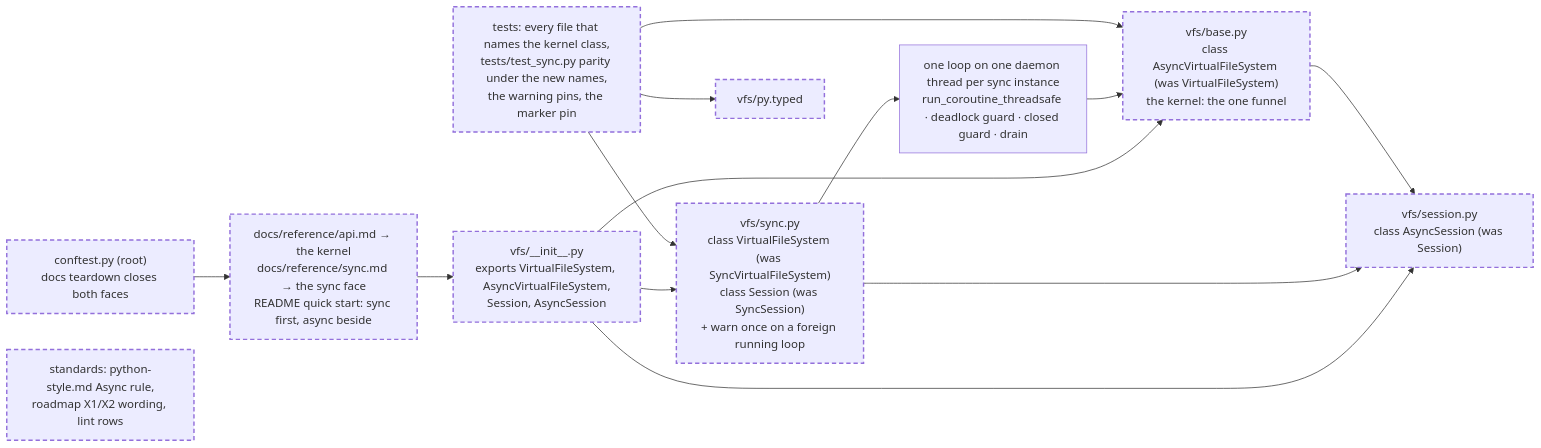
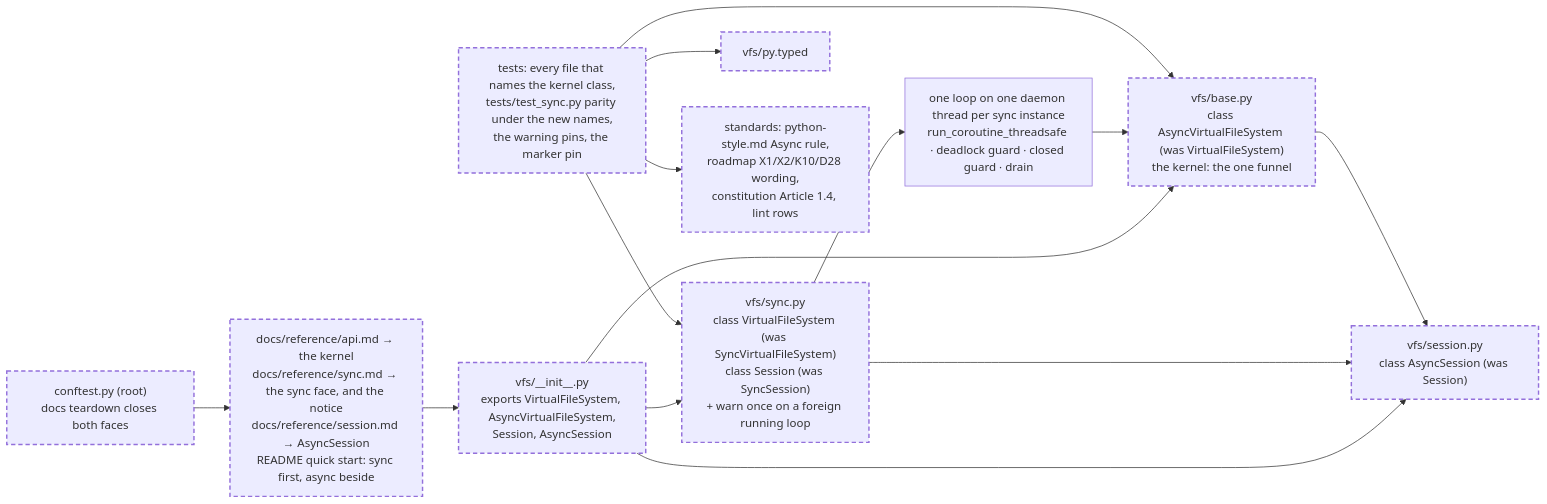
The diagram in context/specifications/active/2026-11-06-the-two-faces-named.md (ClayGendron/vfs), drawn with Mermaid before and after one commit. The commit also changed other lines of this file and 1 other file, not shown here.

````diff
--- a/context/specifications/active/2026-11-06-the-two-faces-named.md
+++ b/context/specifications/active/2026-11-06-the-two-faces-named.md
@@ -21,26 +21,27 @@
 ```mermaid
 flowchart LR
   classDef planned stroke-dasharray: 6 4,stroke-width:2px;
   PKG["vfs/__init__.py<br/>exports VirtualFileSystem, AsyncVirtualFileSystem,<br/>Session, AsyncSession"]
   SYNC["vfs/sync.py<br/>class VirtualFileSystem (was SyncVirtualFileSystem)<br/>class Session (was SyncSession)<br/>+ warn once on a foreign running loop"]
   BASE["vfs/base.py<br/>class AsyncVirtualFileSystem (was VirtualFileSystem)<br/>the kernel: the one funnel"]
   SESS["vfs/session.py<br/>class AsyncSession (was Session)"]
   HOP["one loop on one daemon thread per sync instance<br/>run_coroutine_threadsafe · deadlock guard · closed guard · drain"]
   TYPED["vfs/py.typed"]
   CONF["conftest.py (root)<br/>docs teardown closes both faces"]
-  DOCS["docs/reference/api.md → the kernel<br/>docs/reference/sync.md → the sync face<br/>README quick start: sync first, async beside"]
-  STD["standards: python-style.md Async rule,<br/>roadmap X1/X2 wording, lint rows"]
+  DOCS["docs/reference/api.md → the kernel<br/>docs/reference/sync.md → the sync face, and the notice<br/>docs/reference/session.md → AsyncSession<br/>README quick start: sync first, async beside"]
+  STD["standards: python-style.md Async rule,<br/>roadmap X1/X2/K10/D28 wording,<br/>constitution Article 1.4, lint rows"]
   T["tests: every file that names the kernel class,<br/>tests/test_sync.py parity under the new names,<br/>the warning pins, the marker pin"]
   PKG --> SYNC
   PKG --> BASE
   PKG --> SESS
   SYNC --> HOP --> BASE
   SYNC --> SESS
   BASE --> SESS
   T --> SYNC
   T --> BASE
   T --> TYPED
+  T --> STD
   DOCS --> PKG
   CONF --> DOCS
   class PKG,SYNC,BASE,SESS,TYPED,CONF,DOCS,STD,T planned
 ```
````
